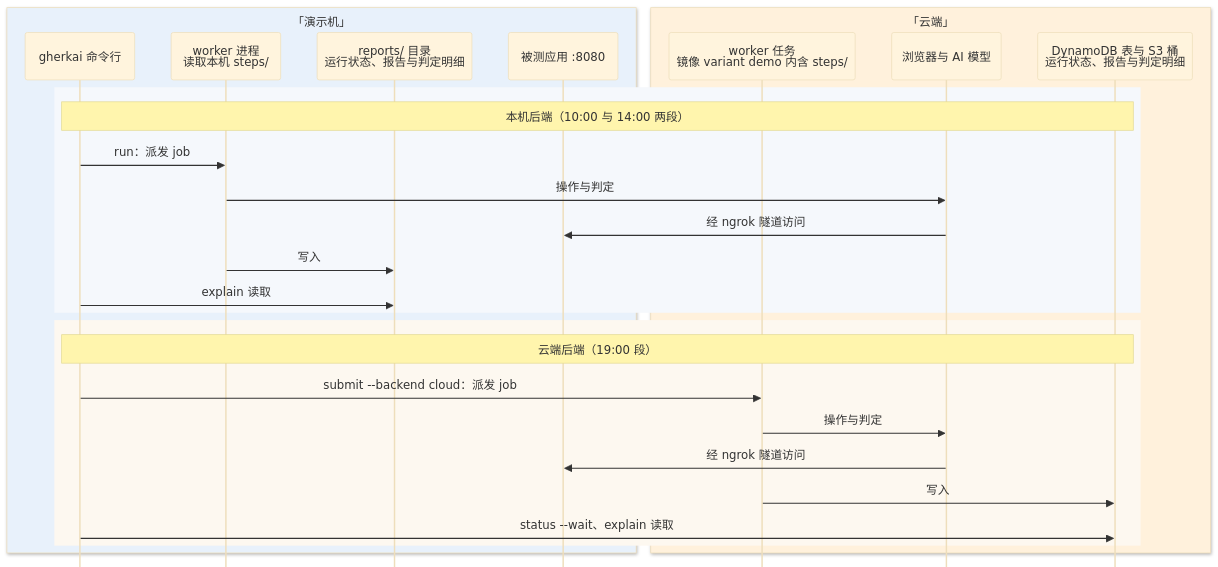
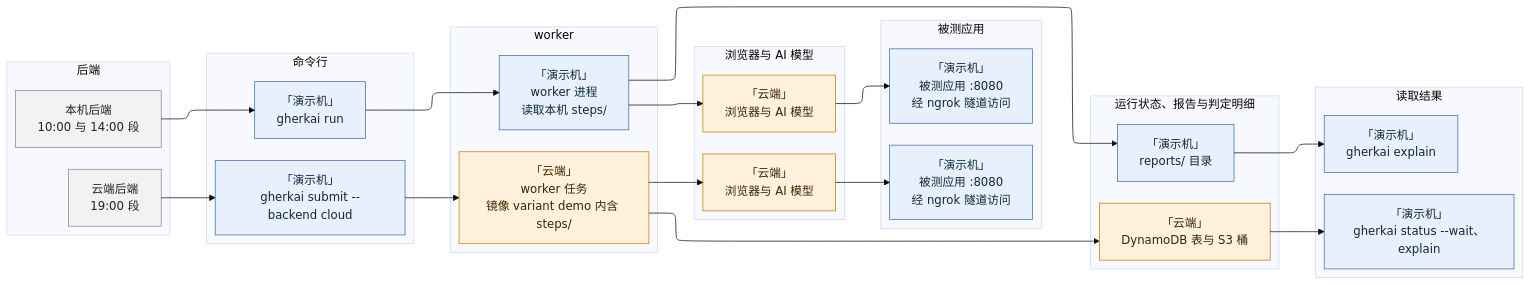
The second of 2 diagrams in docs/demo-runbook.md (zhiyanliu/gherkai-webapp-demo), drawn with Mermaid (base theme) before and after one commit. The commit also changed other lines of this file, not shown here.

Commit message:
runbook 环境图改为泳道网格：两行为本机后端与云端后端，七列为环节（后端、命令行、worker、浏览器与 AI 模型、被测应用、运行状态与判定明细、读取结果），ELK 布局

````diff
--- a/docs/demo-runbook.md
+++ b/docs/demo-runbook.md
@@ -66,31 +66,54 @@
 ```mermaid
-%%{init: {"sequence": {"mirrorActors": false}}}%%
-sequenceDiagram
-    box rgb(232,241,251) 「演示机」
-        participant CLI as gherkai 命令行
-        participant W1 as worker 进程<br/>读取本机 steps/
-        participant S1 as reports/ 目录<br/>运行状态、报告与判定明细
-        participant APP as 被测应用 :8080
+---
+config:
+  layout: elk
+---
+flowchart LR
+    subgraph C0["后端"]
+        direction TB
+        R1["本机后端<br/>10:00 与 14:00 段"]
+        R2["云端后端<br/>19:00 段"]
     end
-    box rgb(255,241,220) 「云端」
-        participant W2 as worker 任务<br/>镜像 variant demo 内含 steps/
-        participant BR as 浏览器与 AI 模型
-        participant S2 as DynamoDB 表与 S3 桶<br/>运行状态、报告与判定明细
+    subgraph C1["命令行"]
+        direction TB
+        A1["「演示机」<br/>gherkai run"]
+        A2["「演示机」<br/>gherkai submit --backend cloud"]
     end
-    rect rgb(245,248,252)
-        Note over CLI,S2: 本机后端（10:00 与 14:00 两段）
-        CLI->>W1: run：派发 job
-        W1->>BR: 操作与判定
-        BR->>APP: 经 ngrok 隧道访问
-        W1->>S1: 写入
-        CLI->>S1: explain 读取
+    subgraph C2["worker"]
+        direction TB
+        B1["「演示机」<br/>worker 进程<br/>读取本机 steps/"]
+        B2["「云端」<br/>worker 任务<br/>镜像 variant demo 内含 steps/"]
     end
-    rect rgb(253,248,240)
-        Note over CLI,S2: 云端后端（19:00 段）
-        CLI->>W2: submit --backend cloud：派发 job
-        W2->>BR: 操作与判定
-        BR->>APP: 经 ngrok 隧道访问
-        W2->>S2: 写入
-        CLI->>S2: status --wait、explain 读取
+    subgraph C3["浏览器与 AI 模型"]
+        direction TB
+        D1["「云端」<br/>浏览器与 AI 模型"]
+        D2["「云端」<br/>浏览器与 AI 模型"]
     end
+    subgraph C4["被测应用"]
+        direction TB
+        E1["「演示机」<br/>被测应用 :8080<br/>经 ngrok 隧道访问"]
+        E2["「演示机」<br/>被测应用 :8080<br/>经 ngrok 隧道访问"]
+    end
+    subgraph C5["运行状态、报告与判定明细"]
+        direction TB
+        F1["「演示机」<br/>reports/ 目录"]
+        F2["「云端」<br/>DynamoDB 表与 S3 桶"]
+    end
+    subgraph C6["读取结果"]
+        direction TB
+        G1["「演示机」<br/>gherkai explain"]
+        G2["「演示机」<br/>gherkai status --wait、explain"]
+    end
+    R1 --> A1 --> B1 --> D1 --> E1
+    E1 ~~~ F1
+    B1 --> F1 --> G1
+    R2 --> A2 --> B2 --> D2 --> E2
+    E2 ~~~ F2
+    B2 --> F2 --> G2
+    classDef local fill:#e8f1fb,stroke:#3b6ea5,color:#0f2740
+    classDef cloud fill:#fff1dc,stroke:#c77d00,color:#3d2600
+    classDef row fill:#f2f2f2,stroke:#888,color:#222
+    class A1,A2,B1,E1,E2,F1,G1,G2 local
+    class B2,D1,D2,F2 cloud
+    class R1,R2 row
 ```
````
